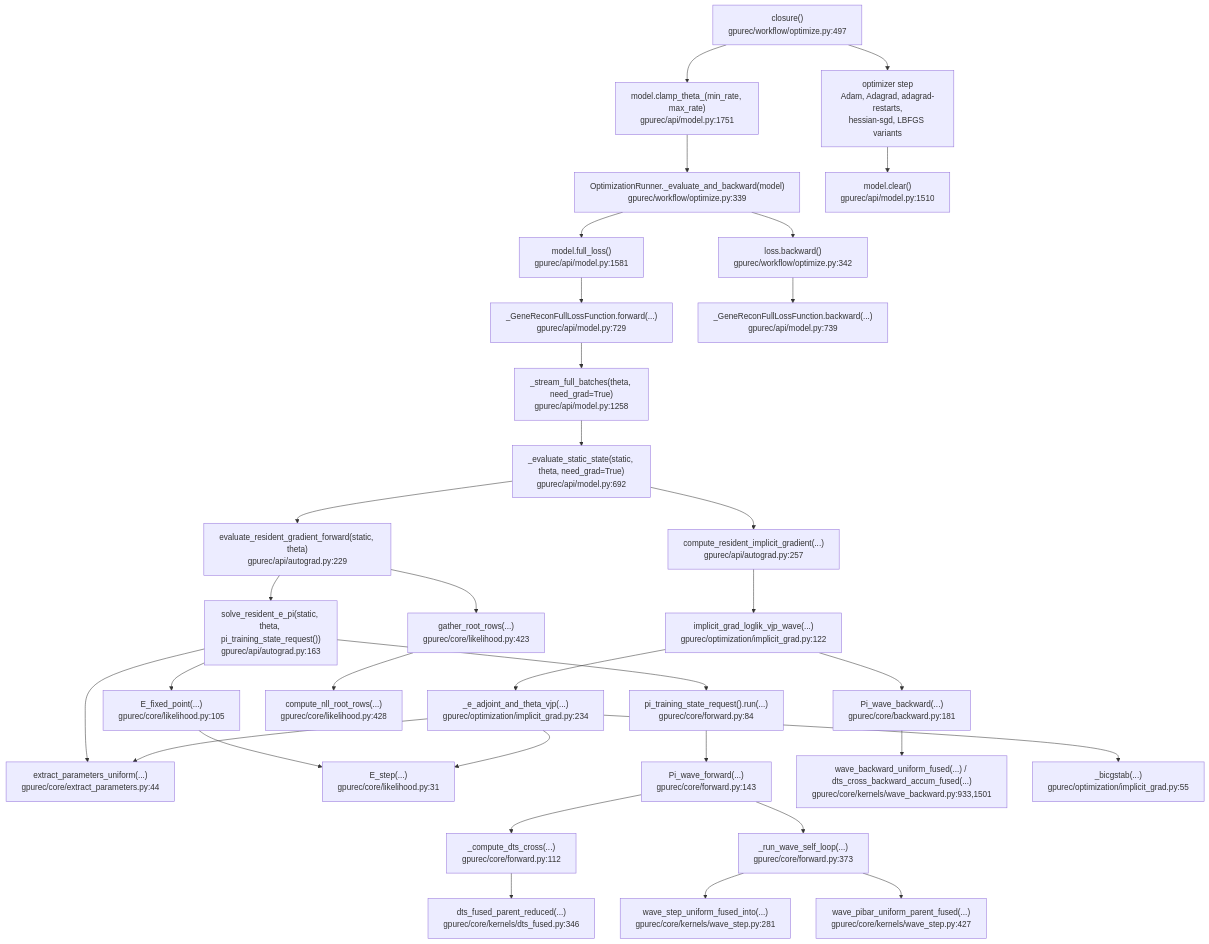
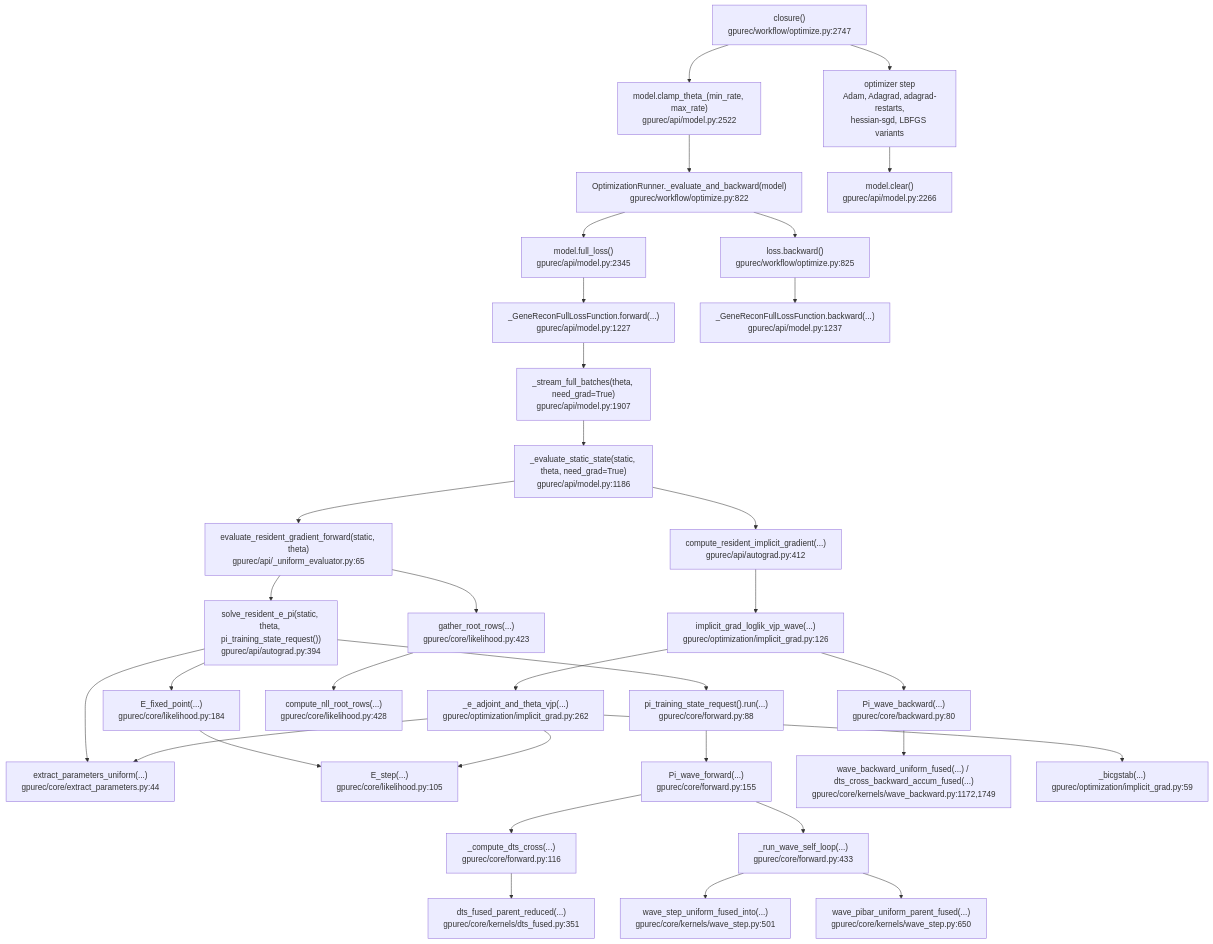
One commit to SisyphusMountain/gpurec changed the second of 3 diagrams in docs/optimization-workflow-call-graph.md. Above: the diagram before and after it, drawn with Mermaid. The commit also changed 7 other files, not shown here.

Commit message:
Move resident gradient forward into evaluator

````diff
--- a/docs/optimization-workflow-call-graph.md
+++ b/docs/optimization-workflow-call-graph.md
@@ -90,53 +90,53 @@
 ```mermaid
 flowchart TD
-  Closure["closure()<br/>gpurec/workflow/optimize.py:497"]
-  ClampBefore["model.clamp_theta_(min_rate, max_rate)<br/>gpurec/api/model.py:1751"]
-  EvalBackward["OptimizationRunner._evaluate_and_backward(model)<br/>gpurec/workflow/optimize.py:339"]
-  FullLoss["model.full_loss()<br/>gpurec/api/model.py:1581"]
-  FullLossFn["_GeneReconFullLossFunction.forward(...)<br/>gpurec/api/model.py:729"]
-  Stream["_stream_full_batches(theta, need_grad=True)<br/>gpurec/api/model.py:1258"]
-  EvalStatic["_evaluate_static_state(static, theta, need_grad=True)<br/>gpurec/api/model.py:692"]
-  ForwardSolve["evaluate_resident_gradient_forward(static, theta)<br/>gpurec/api/autograd.py:229"]
-  SolveEPi["solve_resident_e_pi(static, theta, pi_training_state_request())<br/>gpurec/api/autograd.py:163"]
+  Closure["closure()<br/>gpurec/workflow/optimize.py:2747"]
+  ClampBefore["model.clamp_theta_(min_rate, max_rate)<br/>gpurec/api/model.py:2522"]
+  EvalBackward["OptimizationRunner._evaluate_and_backward(model)<br/>gpurec/workflow/optimize.py:822"]
+  FullLoss["model.full_loss()<br/>gpurec/api/model.py:2345"]
+  FullLossFn["_GeneReconFullLossFunction.forward(...)<br/>gpurec/api/model.py:1227"]
+  Stream["_stream_full_batches(theta, need_grad=True)<br/>gpurec/api/model.py:1907"]
+  EvalStatic["_evaluate_static_state(static, theta, need_grad=True)<br/>gpurec/api/model.py:1186"]
+  ForwardSolve["evaluate_resident_gradient_forward(static, theta)<br/>gpurec/api/_uniform_evaluator.py:65"]
+  SolveEPi["solve_resident_e_pi(static, theta, pi_training_state_request())<br/>gpurec/api/autograd.py:394"]
   Extract["extract_parameters_uniform(...)<br/>gpurec/core/extract_parameters.py:44"]
-  EFixed["E_fixed_point(...)<br/>gpurec/core/likelihood.py:105"]
-  EStep["E_step(...)<br/>gpurec/core/likelihood.py:31"]
-  PiRequest["pi_training_state_request().run(...)<br/>gpurec/core/forward.py:84"]
-  PiForward["Pi_wave_forward(...)<br/>gpurec/core/forward.py:143"]
-  DTS["_compute_dts_cross(...)<br/>gpurec/core/forward.py:112"]
-  DTSKernel["dts_fused_parent_reduced(...)<br/>gpurec/core/kernels/dts_fused.py:346"]
-  SelfLoop["_run_wave_self_loop(...)<br/>gpurec/core/forward.py:373"]
-  WaveStep["wave_step_uniform_fused_into(...)<br/>gpurec/core/kernels/wave_step.py:281"]
-  Pibar["wave_pibar_uniform_parent_fused(...)<br/>gpurec/core/kernels/wave_step.py:427"]
+  EFixed["E_fixed_point(...)<br/>gpurec/core/likelihood.py:184"]
+  EStep["E_step(...)<br/>gpurec/core/likelihood.py:105"]
+  PiRequest["pi_training_state_request().run(...)<br/>gpurec/core/forward.py:88"]
+  PiForward["Pi_wave_forward(...)<br/>gpurec/core/forward.py:155"]
+  DTS["_compute_dts_cross(...)<br/>gpurec/core/forward.py:116"]
+  DTSKernel["dts_fused_parent_reduced(...)<br/>gpurec/core/kernels/dts_fused.py:351"]
+  SelfLoop["_run_wave_self_loop(...)<br/>gpurec/core/forward.py:433"]
+  WaveStep["wave_step_uniform_fused_into(...)<br/>gpurec/core/kernels/wave_step.py:501"]
+  Pibar["wave_pibar_uniform_parent_fused(...)<br/>gpurec/core/kernels/wave_step.py:650"]
   GatherRoots["gather_root_rows(...)<br/>gpurec/core/likelihood.py:423"]
   NLL["compute_nll_root_rows(...)<br/>gpurec/core/likelihood.py:428"]
 
-  Implicit["compute_resident_implicit_gradient(...)<br/>gpurec/api/autograd.py:257"]
-  VJP["implicit_grad_loglik_vjp_wave(...)<br/>gpurec/optimization/implicit_grad.py:122"]
-  PiBackward["Pi_wave_backward(...)<br/>gpurec/core/backward.py:181"]
-  BackwardKernels["wave_backward_uniform_fused(...) / dts_cross_backward_accum_fused(...)<br/>gpurec/core/kernels/wave_backward.py:933,1501"]
-  EAdjoint["_e_adjoint_and_theta_vjp(...)<br/>gpurec/optimization/implicit_grad.py:234"]
-  Bicgstab["_bicgstab(...)<br/>gpurec/optimization/implicit_grad.py:55"]
-  LossBackward["loss.backward()<br/>gpurec/workflow/optimize.py:342"]
-  FullLossFnBackward["_GeneReconFullLossFunction.backward(...)<br/>gpurec/api/model.py:739"]
+  Implicit["compute_resident_implicit_gradient(...)<br/>gpurec/api/autograd.py:412"]
+  VJP["implicit_grad_loglik_vjp_wave(...)<br/>gpurec/optimization/implicit_grad.py:126"]
+  PiBackward["Pi_wave_backward(...)<br/>gpurec/core/backward.py:80"]
+  BackwardKernels["wave_backward_uniform_fused(...) / dts_cross_backward_accum_fused(...)<br/>gpurec/core/kernels/wave_backward.py:1172,1749"]
+  EAdjoint["_e_adjoint_and_theta_vjp(...)<br/>gpurec/optimization/implicit_grad.py:262"]
+  Bicgstab["_bicgstab(...)<br/>gpurec/optimization/implicit_grad.py:59"]
+  LossBackward["loss.backward()<br/>gpurec/workflow/optimize.py:825"]
+  FullLossFnBackward["_GeneReconFullLossFunction.backward(...)<br/>gpurec/api/model.py:1237"]
   OptimizerStep["optimizer step<br/>Adam, Adagrad, adagrad-restarts,<br/>hessian-sgd, LBFGS variants"]
-  Clear["model.clear()<br/>gpurec/api/model.py:1510"]
+  Clear["model.clear()<br/>gpurec/api/model.py:2266"]
 
   Closure --> ClampBefore --> EvalBackward --> FullLoss --> FullLossFn --> Stream --> EvalStatic
   EvalStatic --> ForwardSolve --> SolveEPi
   SolveEPi --> Extract
   SolveEPi --> EFixed --> EStep
   SolveEPi --> PiRequest --> PiForward
   PiForward --> DTS --> DTSKernel
   PiForward --> SelfLoop --> WaveStep
   SelfLoop --> Pibar
   ForwardSolve --> GatherRoots --> NLL
   EvalStatic --> Implicit --> VJP
   VJP --> PiBackward --> BackwardKernels
   VJP --> EAdjoint
   EAdjoint --> Bicgstab
   EAdjoint --> EStep
   EAdjoint --> Extract
   EvalBackward --> LossBackward --> FullLossFnBackward
   Closure --> OptimizerStep --> Clear
 ```
````
